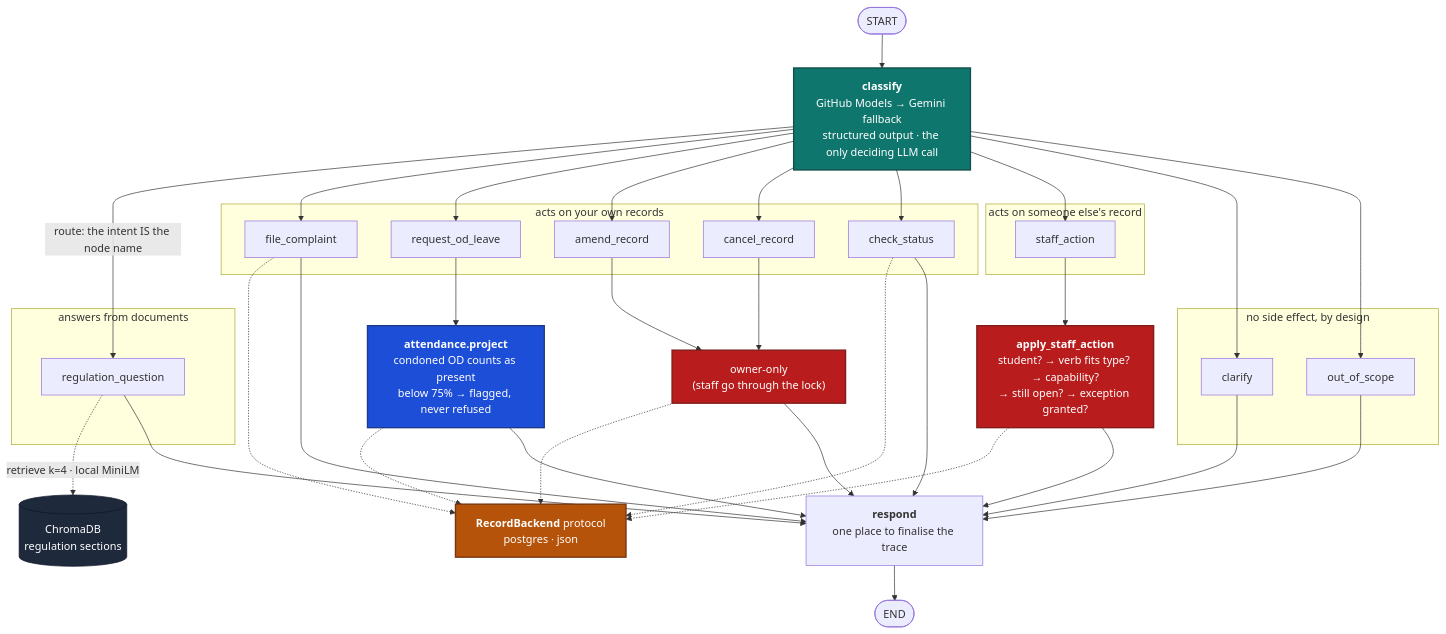
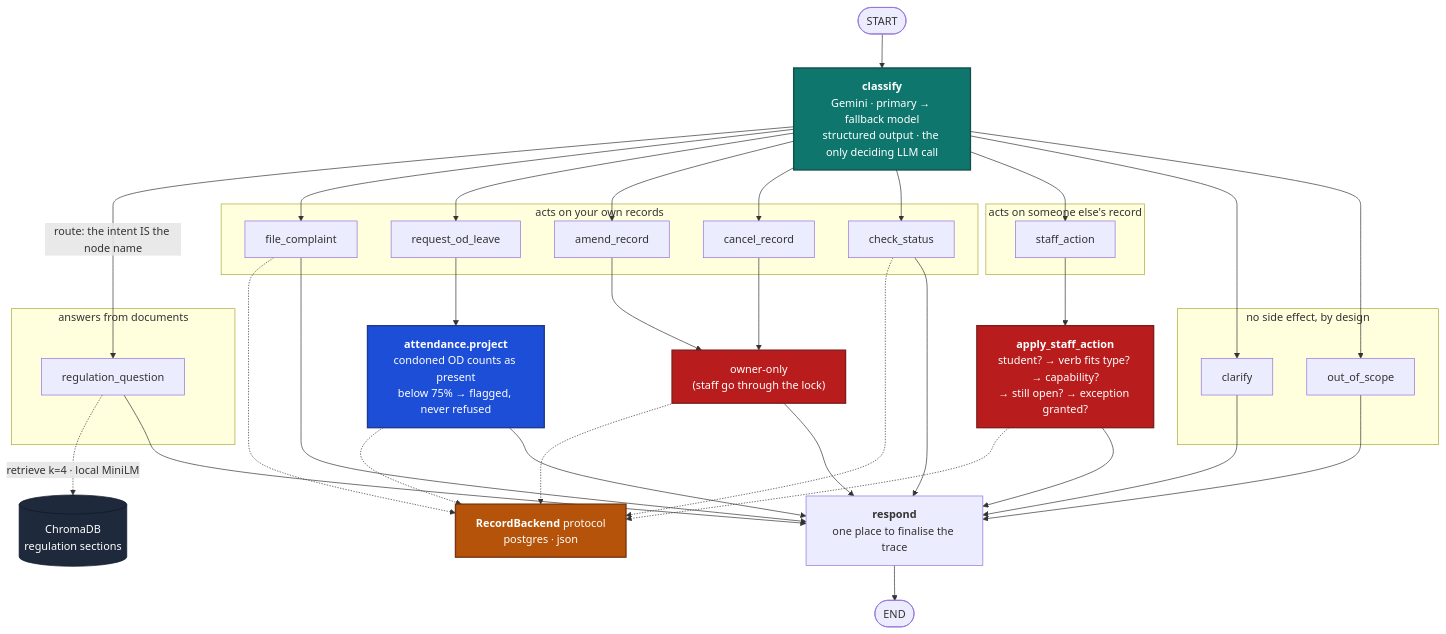
One commit to elightknight23/compass changed the first of 2 diagrams in docs/diagrams/langgraph_flow.md. Above: the diagram before and after it, drawn with Mermaid. The commit also changed 17 other files, not shown here.

First line of the commit message:
chore: Gemini-only provider chain, Atlas leftovers out, fresh venv

````diff
--- a/docs/diagrams/langgraph_flow.md
+++ b/docs/diagrams/langgraph_flow.md
@@ -14,71 +14,71 @@
 ```mermaid
 flowchart TD
-    S([START]) --> CLS["<b>classify</b><br/>GitHub Models → Gemini fallback<br/>structured output · the only deciding LLM call"]
+    S([START]) --> CLS["<b>classify</b><br/>Gemini · primary → fallback model<br/>structured output · the only deciding LLM call"]
 
     subgraph GROUND ["answers from documents"]
         REG["regulation_question"]
     end
 
     subgraph OWN ["acts on your own records"]
         FILE["file_complaint"]
         LV["request_od_leave"]
         AMEND["amend_record"]
         CANCEL["cancel_record"]
         STATUS["check_status"]
     end
 
     subgraph OTHER ["acts on someone else's record"]
         SA["staff_action"]
     end
 
     subgraph SAFE ["no side effect, by design"]
         CLR["clarify"]
         OOS["out_of_scope"]
     end
 
     CLS -->|"route: the intent IS the node name"| REG
     CLS --> FILE
     CLS --> LV
     CLS --> AMEND
     CLS --> CANCEL
     CLS --> STATUS
     CLS --> SA
     CLS --> CLR
     CLS --> OOS
 
     LV --> ATT["<b>attendance.project</b><br/>condoned OD counts as present<br/>below 75% → flagged, never refused"]
     SA --> LOCK["<b>apply_staff_action</b><br/>student? → verb fits type? → capability?<br/>→ still open? → exception granted?"]
     AMEND --> OWNER["owner-only<br/>(staff go through the lock)"]
     CANCEL --> OWNER
 
     REG -.->|"retrieve k=4 · local MiniLM"| CHROMA[("ChromaDB<br/>regulation sections")]
     LOCK -.-> BE
     FILE -.-> BE
     OWNER -.-> BE
     STATUS -.-> BE
     ATT -.-> BE
 
     BE["<b>RecordBackend</b> protocol<br/>postgres · json"]
 
     REG --> RESP
     FILE --> RESP
     ATT --> RESP
     OWNER --> RESP
     STATUS --> RESP
     LOCK --> RESP
     CLR --> RESP
     OOS --> RESP
 
     RESP["<b>respond</b><br/>one place to finalise the trace"] --> E([END])
 
     classDef llm fill:#0f766e,stroke:#134e4a,stroke-width:2px,color:#fff
     classDef gate fill:#b91c1c,stroke:#7f1d1d,stroke-width:2px,color:#fff
     classDef py fill:#1d4ed8,stroke:#1e3a8a,stroke-width:2px,color:#fff
     classDef port fill:#b45309,stroke:#78350f,stroke-width:2px,color:#fff
     classDef store fill:#1e293b,stroke:#0f172a,color:#fff
     class CLS llm
     class LOCK,OWNER gate
     class ATT py
     class BE port
     class CHROMA store
 ```
````
